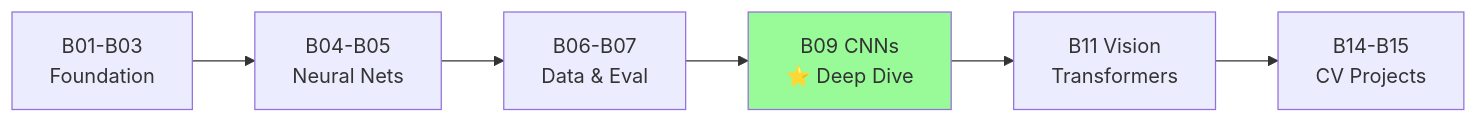
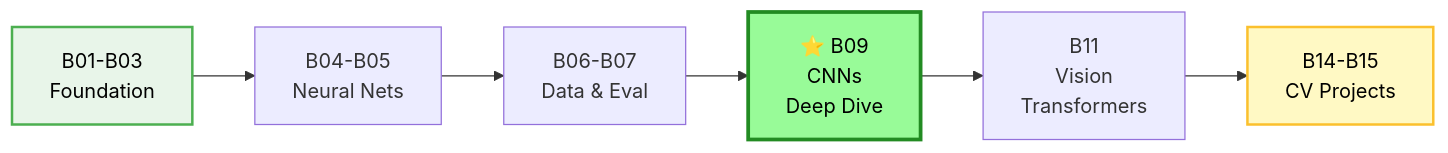
Before and after one commit to nexageapps/AI: the third of 10 diagrams in Basic/README.md, drawn with Mermaid. The commit also changed other lines of this file, not shown here.

````diff
--- a/Basic/README.md
+++ b/Basic/README.md
@@ -235,10 +235,12 @@
 ```mermaid
 graph LR
-    A[B01-B03<br/>Foundation] --> B[B04-B05<br/>Neural Nets]
-    B --> C[B06-B07<br/>Data & Eval]
-    C --> D[B09 CNNs<br/>⭐ Deep Dive]
-    D --> E[B11 Vision<br/>Transformers]
-    E --> F[B14-B15<br/>CV Projects]
+    A["B01-B03<br/>Foundation"] --> B["B04-B05<br/>Neural Nets"]
+    B --> C["B06-B07<br/>Data & Eval"]
+    C --> D["⭐ B09<br/>CNNs<br/>Deep Dive"]
+    D --> E["B11<br/>Vision<br/>Transformers"]
+    E --> F["B14-B15<br/>CV Projects"]
     
-    style D fill:#98FB98
+    style D fill:#98FB98,stroke:#228b22,stroke-width:3px,color:#000
+    style A fill:#e8f5e9,stroke:#4caf50,stroke-width:2px,color:#000
+    style F fill:#fff9c4,stroke:#fbc02d,stroke-width:2px,color:#000
 ```
````
